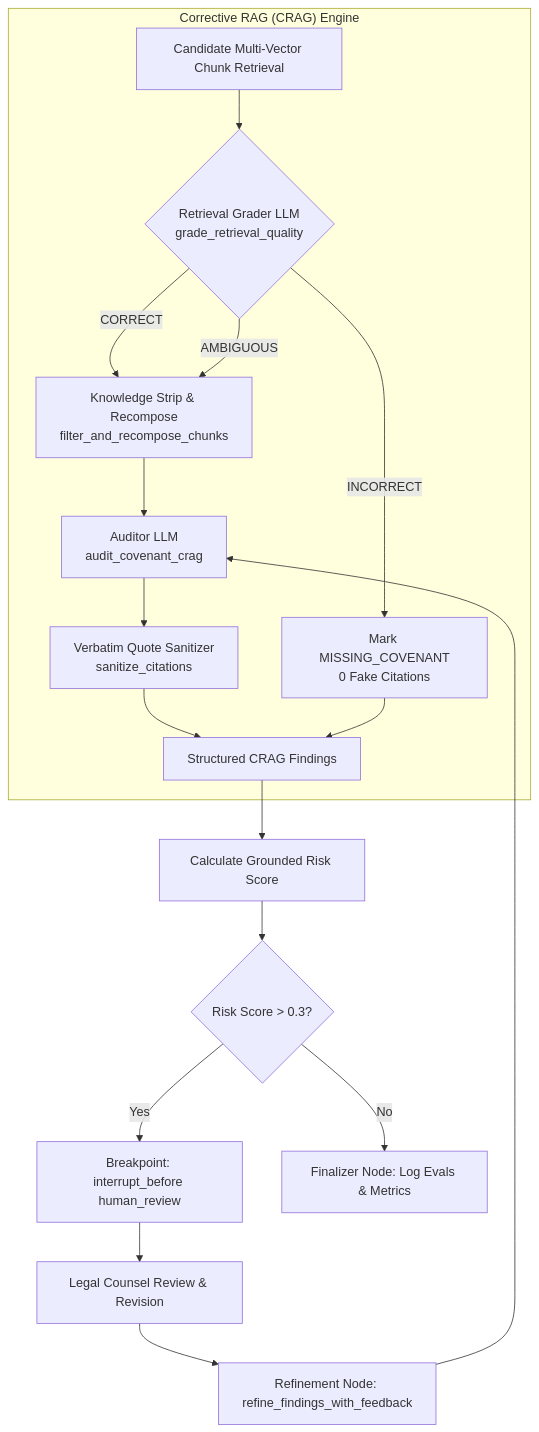
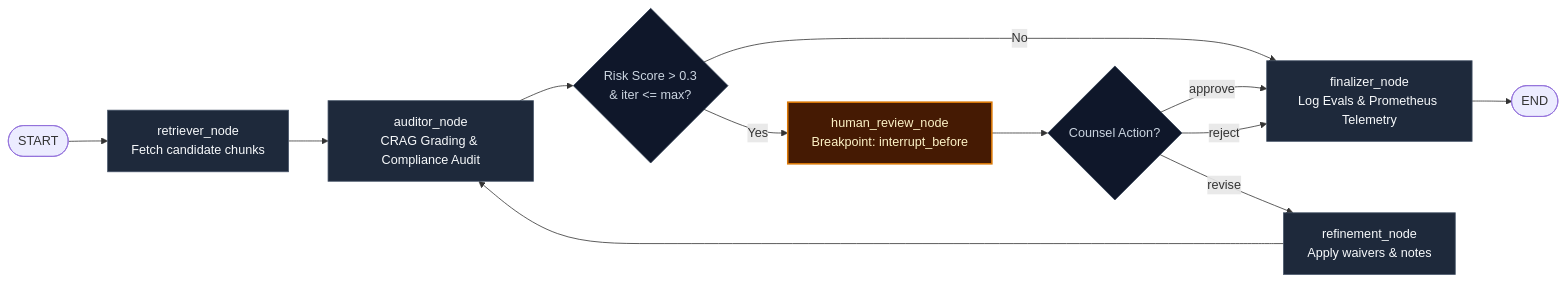
The fifth of 8 diagrams in ARCHITECTURE.md (gagan-devv/docusage), drawn with Mermaid before and after one commit. The commit also changed other lines of this file and 1 other file, not shown here.

First line of the commit message:
docs: comprehensive overhaul of README and ARCHITECTURE to reflect current functionality

````diff
--- a/ARCHITECTURE.md
+++ b/ARCHITECTURE.md
@@ -194,23 +300,25 @@
 ```mermaid
-flowchart TD
-    subgraph CRAG ["Corrective RAG (CRAG) Engine"]
-        ret[Candidate Multi-Vector Chunk Retrieval] --> grade{Retrieval Grader LLM<br/>grade_retrieval_quality}
-        grade -- "CORRECT" --> filter[Knowledge Strip & Recompose<br/>filter_and_recompose_chunks]
-        grade -- "AMBIGUOUS" --> filter
-        grade -- "INCORRECT" --> missing[Mark MISSING_COVENANT<br/>0 Fake Citations]
-        
-        filter --> audit[Auditor LLM<br/>audit_covenant_crag]
-        audit --> sanitize[Verbatim Quote Sanitizer<br/>sanitize_citations]
-        sanitize --> findings[Structured CRAG Findings]
-        missing --> findings
-    end
+flowchart LR
+    Start([START]) --> Retriever[retriever_node<br/>Fetch candidate chunks]
+    Retriever --> Auditor[auditor_node<br/>CRAG Grading & Compliance Audit]
+    
+    Auditor --> CondReview{Risk Score > 0.3<br/>& iter <= max?}
+    CondReview -- Yes --> HITL[human_review_node<br/>Breakpoint: interrupt_before]
+    CondReview -- No --> Finalize[finalizer_node<br/>Log Evals & Prometheus Telemetry]
+    
+    HITL --> CondDecision{Counsel Action?}
+    CondDecision -- "revise" --> Refine[refinement_node<br/>Apply waivers & notes]
+    CondDecision -- "approve" --> Finalize
+    CondDecision -- "reject" --> Finalize
+    
+    Refine --> Auditor
+    Finalize --> End([END])
 
-    findings --> score[Calculate Grounded Risk Score]
-    score --> routing{Risk Score > 0.3?}
-    routing -- "Yes" --> hitl[Breakpoint: interrupt_before human_review]
-    routing -- "No" --> finalize[Finalizer Node: Log Evals & Metrics]
-    
-    hitl --> counsel[Legal Counsel Review & Revision]
-    counsel --> refine[Refinement Node: refine_findings_with_feedback]
-    refine --> audit
+    classDef nodeStyle fill:#1e293b,stroke:#475569,stroke-width:1px,color:#f8fafc;
+    classDef hitlStyle fill:#451a03,stroke:#d97706,stroke-width:2px,color:#fef3c7;
+    classDef decisionStyle fill:#0f172a,stroke:#334155,stroke-width:1px,color:#cbd5e1;
+
+    class Retriever,Auditor,Refine,Finalize nodeStyle;
+    class HITL hitlStyle;
+    class CondReview,CondDecision decisionStyle;
 ```
````
